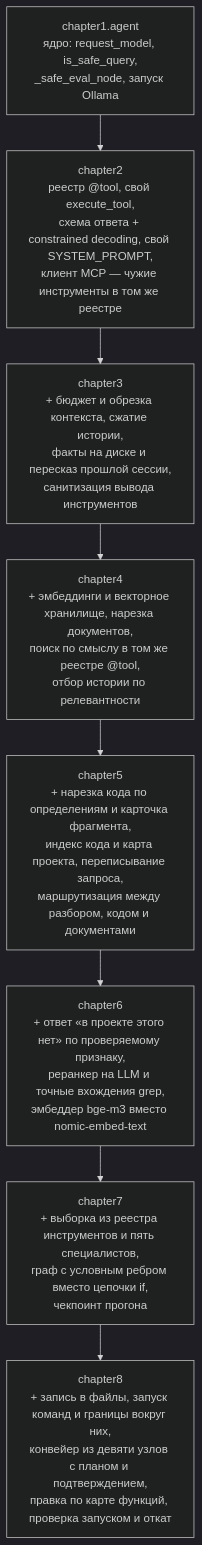
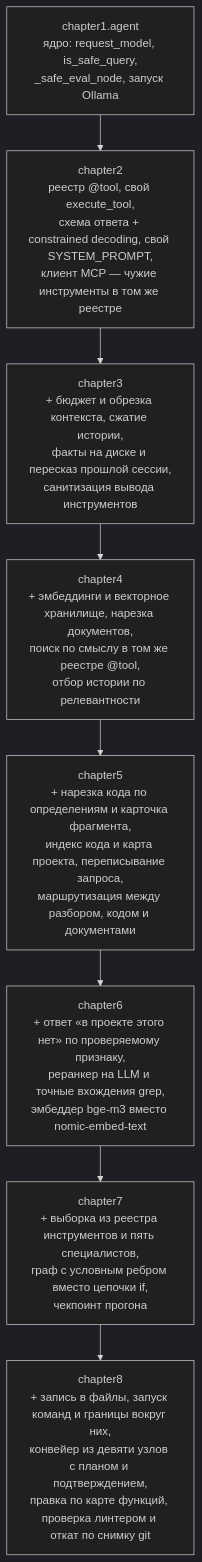
Before and after one commit to io982/firstAgent: the diagram in README.md, drawn with Mermaid (dark theme). The commit also changed 1 other file, not shown here.

First paragraph of the commit message:
ROADMAP: Глава 9 — замеры вместо предположений, долги Главы 8 записаны
Шесть правок по итогам разбора.

````diff
--- a/README.md
+++ b/README.md
@@ -391,11 +391,11 @@
 ```mermaid
 graph TD
     Base["chapter1.agent<br/>ядро: request_model, is_safe_query,<br/>_safe_eval_node, запуск Ollama"]
     Base --> Ch2["chapter2<br/>реестр @tool, свой execute_tool,<br/>схема ответа + constrained decoding, свой SYSTEM_PROMPT,<br/>клиент MCP — чужие инструменты в том же реестре"]
     Ch2 --> Ch3["chapter3<br/>+ бюджет и обрезка контекста, сжатие истории,<br/>факты на диске и пересказ прошлой сессии,<br/>санитизация вывода инструментов"]
     Ch3 --> Ch4["chapter4<br/>+ эмбеддинги и векторное хранилище, нарезка документов,<br/>поиск по смыслу в том же реестре @tool,<br/>отбор истории по релевантности"]
     Ch4 --> Ch5["chapter5<br/>+ нарезка кода по определениям и карточка фрагмента,<br/>индекс кода и карта проекта, переписывание запроса,<br/>маршрутизация между разбором, кодом и документами"]
     Ch5 --> Ch6["chapter6<br/>+ ответ «в проекте этого нет» по проверяемому признаку,<br/>реранкер на LLM и точные вхождения grep,<br/>эмбеддер bge-m3 вместо nomic-embed-text"]
     Ch6 --> Ch7["chapter7<br/>+ выборка из реестра инструментов и пять специалистов,<br/>граф с условным ребром вместо цепочки if,<br/>чекпоинт прогона"]
-    Ch7 --> Ch8["chapter8<br/>+ запись в файлы, запуск команд и границы вокруг них,<br/>конвейер из девяти узлов с планом и подтверждением,<br/>правка по карте функций, проверка запуском и откат"]
+    Ch7 --> Ch8["chapter8<br/>+ запись в файлы, запуск команд и границы вокруг них,<br/>конвейер из девяти узлов с планом и подтверждением,<br/>правка по карте функций, проверка линтером и откат по снимку git"]
 ```
````
